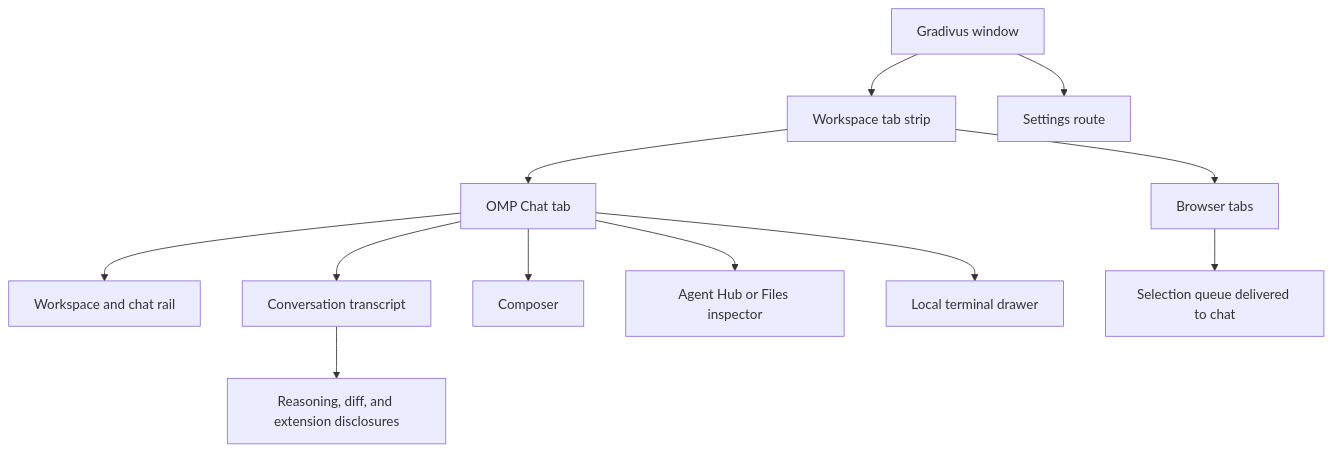
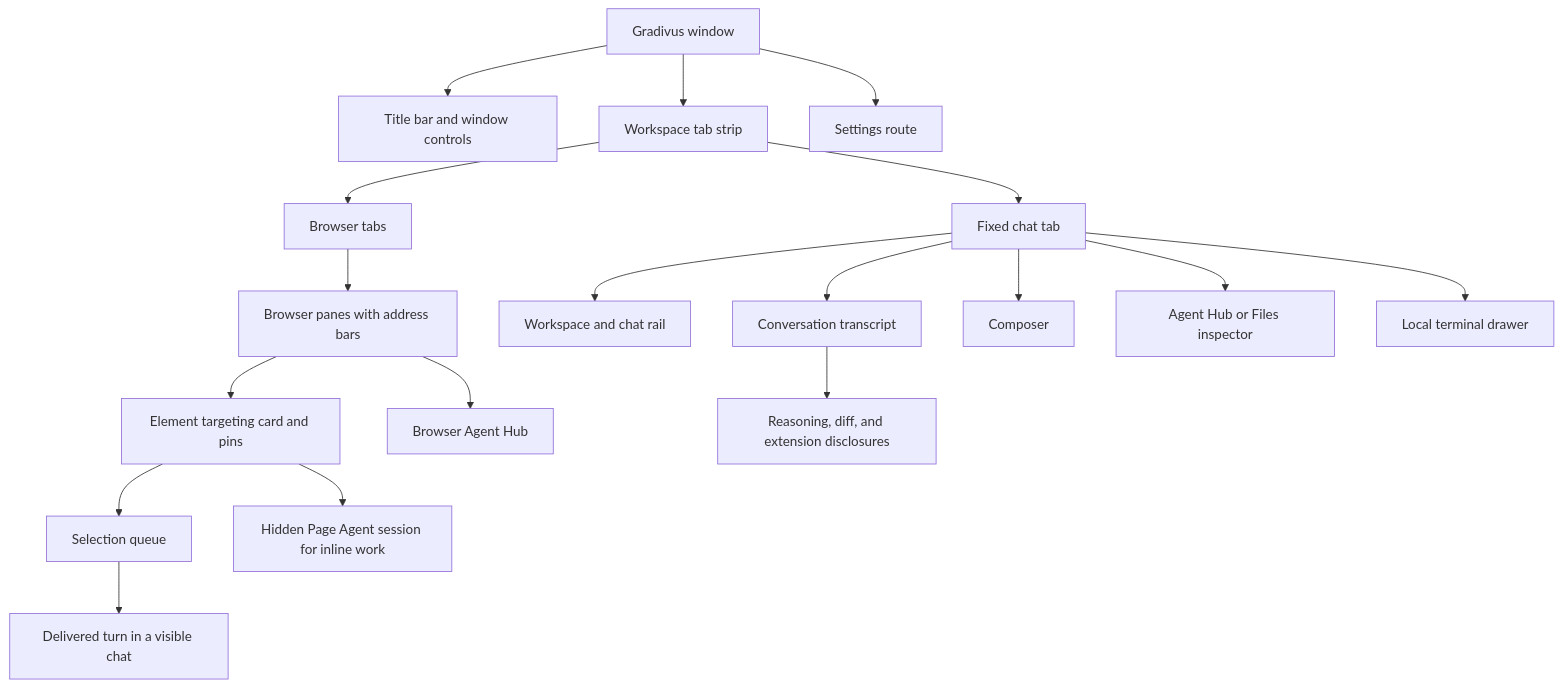
The first of 2 diagrams in product-docs/foundations/experience-model.md (brainwhocodes/gradivus-desktop), drawn with Mermaid before and after one commit. The commit also changed other lines of this file and 18 other files, not shown here.

First line of the commit message:
docs(product): document browser workspace, runtime connection, and workspace shell

````diff
--- a/product-docs/foundations/experience-model.md
+++ b/product-docs/foundations/experience-model.md
@@ -11,14 +12,20 @@
 ```mermaid
 flowchart TD
-    Window[Gradivus window] --> Tabs[Workspace tab strip]
-    Tabs --> Chat[OMP Chat tab]
+    Window[Gradivus window] --> TitleBar[Title bar and window controls]
+    Window --> Tabs[Workspace tab strip]
+    Tabs --> Chat[Fixed chat tab]
     Tabs --> Browser[Browser tabs]
+    Browser --> Panes[Browser panes with address bars]
+    Panes --> Targeting[Element targeting card and pins]
+    Panes --> PageAgentHub[Browser Agent Hub]
     Chat --> Rail[Workspace and chat rail]
     Chat --> Transcript[Conversation transcript]
     Chat --> Composer[Composer]
     Chat --> Inspector[Agent Hub or Files inspector]
     Chat --> Drawer[Local terminal drawer]
     Window --> Settings[Settings route]
     Transcript --> Modal[Reasoning, diff, and extension disclosures]
-    Browser --> Selection[Selection queue delivered to chat]
+    Targeting --> Queue[Selection queue]
+    Queue --> ChatTurn[Delivered turn in a visible chat]
+    Targeting --> Hidden[Hidden Page Agent session for inline work]
 ```
````
